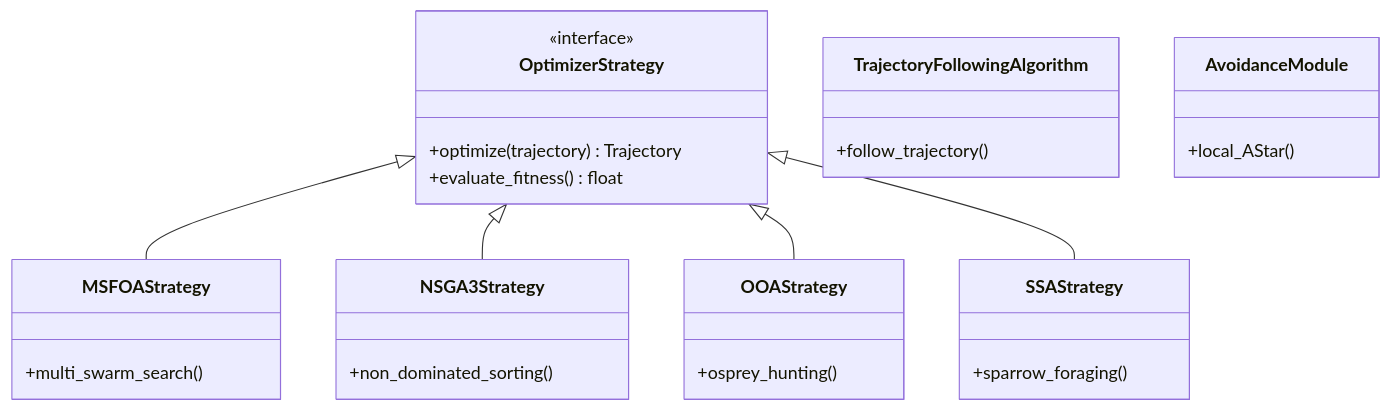
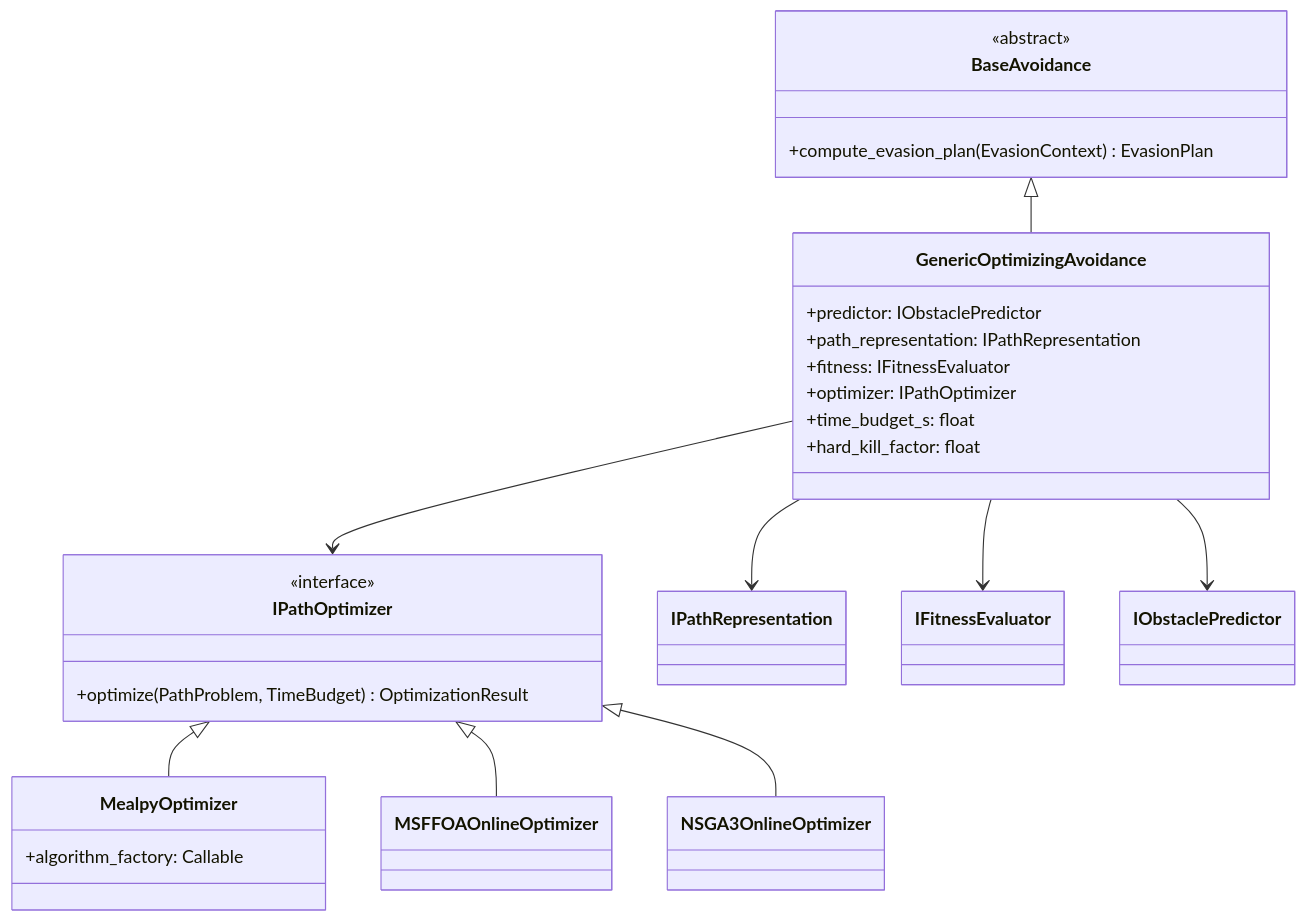
One commit to Ebi2626/drone-swarm-simulation changed the diagram in src/algorithms/ALGORITHMS.md. Above: the diagram before and after it, drawn with Mermaid. The commit also changed other lines of this file and 7 other files, not shown here.

````diff
--- a/src/algorithms/ALGORITHMS.md
+++ b/src/algorithms/ALGORITHMS.md
@@ -56,33 +75,36 @@
 ```mermaid
 classDiagram
-    class OptimizerStrategy {
+    class BaseAvoidance {
+        <<abstract>>
+        +compute_evasion_plan(EvasionContext) EvasionPlan
+    }
+
+    class GenericOptimizingAvoidance {
+        +predictor: IObstaclePredictor
+        +path_representation: IPathRepresentation
+        +fitness: IFitnessEvaluator
+        +optimizer: IPathOptimizer
+        +time_budget_s: float
+        +hard_kill_factor: float
+    }
+    BaseAvoidance <|-- GenericOptimizingAvoidance
+
+    class IPathOptimizer {
         <<interface>>
-        +optimize(trajectory) Trajectory
-        +evaluate_fitness() float
+        +optimize(PathProblem, TimeBudget) OptimizationResult
     }
-    
-    class MSFOAStrategy {
-        +multi_swarm_search()
+    class MealpyOptimizer {
+        +algorithm_factory: Callable
     }
-    class NSGA3Strategy {
-        +non_dominated_sorting()
-    }
-    class OOAStrategy {
-        +osprey_hunting()
-    }
-    class SSAStrategy {
-        +sparrow_foraging()
-    }
-    
-    OptimizerStrategy <|-- MSFOAStrategy
-    OptimizerStrategy <|-- NSGA3Strategy
-    OptimizerStrategy <|-- OOAStrategy
-    OptimizerStrategy <|-- SSAStrategy
-    
-    class TrajectoryFollowingAlgorithm {
-        +follow_trajectory()
-    }
-    class AvoidanceModule {
-        +local_AStar()
-    }
+    class MSFFOAOnlineOptimizer
+    class NSGA3OnlineOptimizer
+
+    IPathOptimizer <|-- MealpyOptimizer
+    IPathOptimizer <|-- MSFFOAOnlineOptimizer
+    IPathOptimizer <|-- NSGA3OnlineOptimizer
+
+    GenericOptimizingAvoidance --> IPathOptimizer
+    GenericOptimizingAvoidance --> IPathRepresentation
+    GenericOptimizingAvoidance --> IFitnessEvaluator
+    GenericOptimizingAvoidance --> IObstaclePredictor
 ```
````
